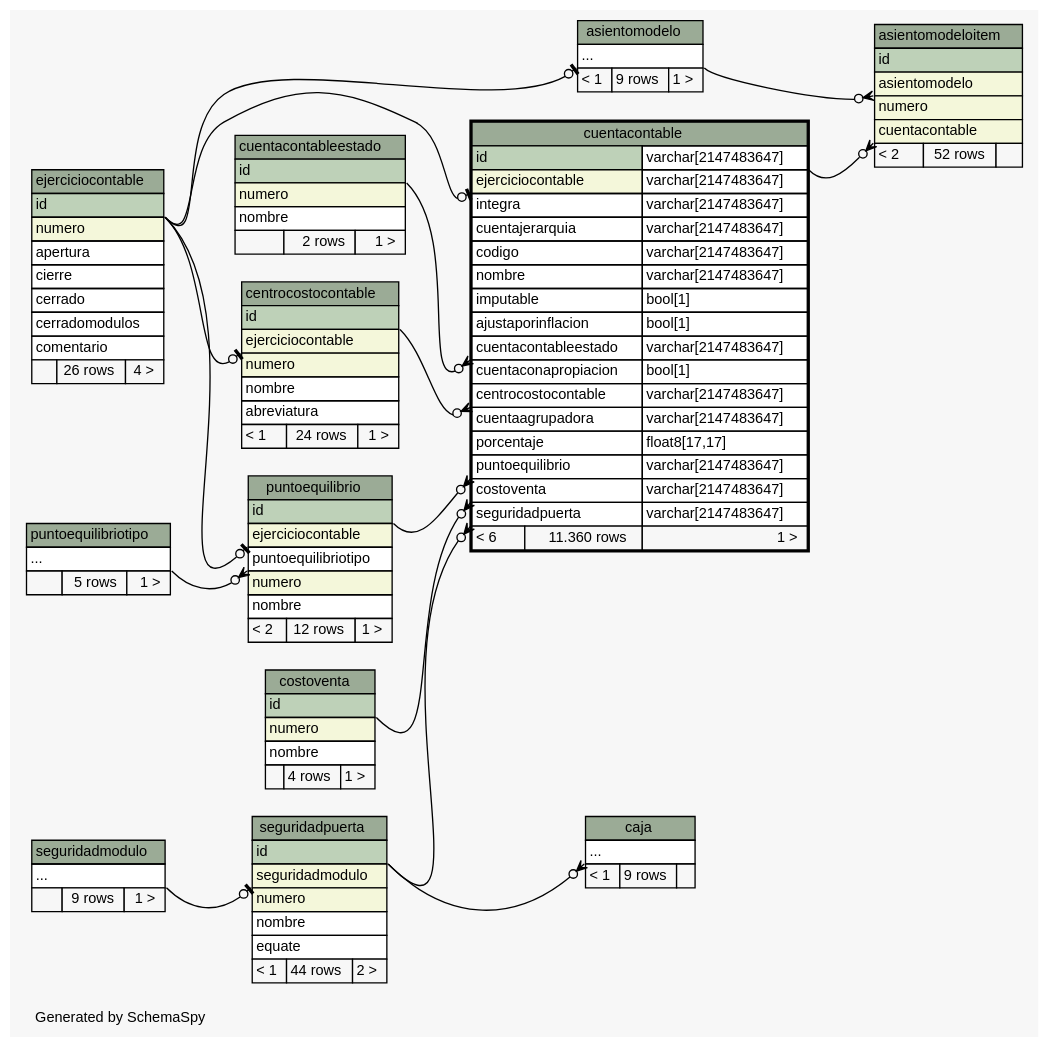
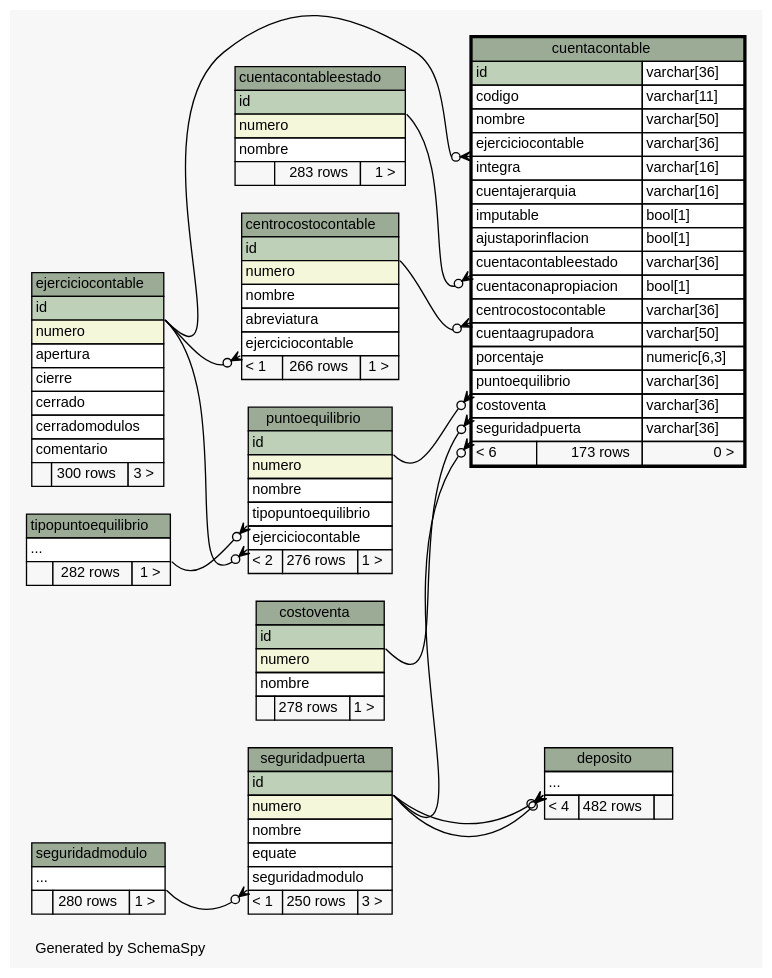
Before and after one commit to diegopablomansilla/massoftware_front: the diagram in postgresql/schemaSpy/salida/diagrams/cuentacontable.2degrees.dot, drawn with Graphviz. The commit also changed 350 other files, not shown here.

```diff
--- a/postgresql/schemaSpy/salida/diagrams/cuentacontable.2degrees.dot
+++ b/postgresql/schemaSpy/salida/diagrams/cuentacontable.2degrees.dot
@@ -19,63 +19,28 @@
   edge [
     arrowsize="0.8"
   ];
-  "asientomodelo":"elipses":sw -> "ejerciciocontable":"id":se [arrowhead=none dir=back arrowtail=teeodot];
-  "asientomodeloitem":"asientomodelo":sw -> "asientomodelo":"elipses":se [arrowhead=none dir=back arrowtail=crowodot];
-  "asientomodeloitem":"cuentacontable":sw -> "cuentacontable":"id.type":se [arrowhead=none dir=back arrowtail=crowodot];
-  "caja":"elipses":sw -> "seguridadpuerta":"id":se [arrowhead=none dir=back arrowtail=crowodot];
-  "centrocostocontable":"ejerciciocontable":sw -> "ejerciciocontable":"id":se [arrowhead=none dir=back arrowtail=teeodot];
+  "centrocostocontable":"ejerciciocontable":sw -> "ejerciciocontable":"id":se [arrowhead=none dir=back arrowtail=crowodot];
   "cuentacontable":"centrocostocontable":sw -> "centrocostocontable":"id":se [arrowhead=none dir=back arrowtail=crowodot];
   "cuentacontable":"costoventa":sw -> "costoventa":"id":se [arrowhead=none dir=back arrowtail=crowodot];
   "cuentacontable":"cuentacontableestado":sw -> "cuentacontableestado":"id":se [arrowhead=none dir=back arrowtail=crowodot];
-  "cuentacontable":"ejerciciocontable":sw -> "ejerciciocontable":"id":se [arrowhead=none dir=back arrowtail=teeodot];
+  "cuentacontable":"ejerciciocontable":sw -> "ejerciciocontable":"id":se [arrowhead=none dir=back arrowtail=crowodot];
   "cuentacontable":"puntoequilibrio":sw -> "puntoequilibrio":"id":se [arrowhead=none dir=back arrowtail=crowodot];
   "cuentacontable":"seguridadpuerta":sw -> "seguridadpuerta":"id":se [arrowhead=none dir=back arrowtail=crowodot];
-  "puntoequilibrio":"ejerciciocontable":sw -> "ejerciciocontable":"id":se [arrowhead=none dir=back arrowtail=teeodot];
-  "puntoequilibrio":"puntoequilibriotipo":sw -> "puntoequilibriotipo":"elipses":se [arrowhead=none dir=back arrowtail=crowodot];
-  "seguridadpuerta":"seguridadmodulo":sw -> "seguridadmodulo":"elipses":se [arrowhead=none dir=back arrowtail=teeodot];
-  "asientomodelo" [
-    label=<
-    <TABLE BORDER="0" CELLBORDER="1" CELLSPACING="0" BGCOLOR="#ffffff">
-      <TR><TD COLSPAN="3" BGCOLOR="#9bab96" ALIGN="CENTER">asientomodelo</TD></TR>
-      <TR><TD PORT="elipses" COLSPAN="3" ALIGN="LEFT">...</TD></TR>
-      <TR><TD ALIGN="LEFT" BGCOLOR="#f7f7f7">&lt; 1</TD><TD ALIGN="RIGHT" BGCOLOR="#f7f7f7">9 rows</TD><TD ALIGN="RIGHT" BGCOLOR="#f7f7f7">1 &gt;</TD></TR>
-    </TABLE>>
-    URL="asientomodelo.html"
-    tooltip="asientomodelo"
-  ];
-  "asientomodeloitem" [
-    label=<
-    <TABLE BORDER="0" CELLBORDER="1" CELLSPACING="0" BGCOLOR="#ffffff">
-      <TR><TD COLSPAN="3" BGCOLOR="#9bab96" ALIGN="CENTER">asientomodeloitem</TD></TR>
-      <TR><TD PORT="id" COLSPAN="3" BGCOLOR="#bed1b8" ALIGN="LEFT">id</TD></TR>
-      <TR><TD PORT="asientomodelo" COLSPAN="3" BGCOLOR="#f4f7da" ALIGN="LEFT">asientomodelo</TD></TR>
-      <TR><TD PORT="numero" COLSPAN="3" BGCOLOR="#f4f7da" ALIGN="LEFT">numero</TD></TR>
-      <TR><TD PORT="cuentacontable" COLSPAN="3" BGCOLOR="#f4f7da" ALIGN="LEFT">cuentacontable</TD></TR>
-      <TR><TD ALIGN="LEFT" BGCOLOR="#f7f7f7">&lt; 2</TD><TD ALIGN="RIGHT" BGCOLOR="#f7f7f7">52 rows</TD><TD ALIGN="RIGHT" BGCOLOR="#f7f7f7">  </TD></TR>
-    </TABLE>>
-    URL="asientomodeloitem.html"
-    tooltip="asientomodeloitem"
-  ];
-  "caja" [
-    label=<
-    <TABLE BORDER="0" CELLBORDER="1" CELLSPACING="0" BGCOLOR="#ffffff">
-      <TR><TD COLSPAN="3" BGCOLOR="#9bab96" ALIGN="CENTER">caja</TD></TR>
-      <TR><TD PORT="elipses" COLSPAN="3" ALIGN="LEFT">...</TD></TR>
-      <TR><TD ALIGN="LEFT" BGCOLOR="#f7f7f7">&lt; 1</TD><TD ALIGN="RIGHT" BGCOLOR="#f7f7f7">9 rows</TD><TD ALIGN="RIGHT" BGCOLOR="#f7f7f7">  </TD></TR>
-    </TABLE>>
-    URL="caja.html"
-    tooltip="caja"
-  ];
+  "deposito":"elipses":sw -> "seguridadpuerta":"id":se [arrowhead=none dir=back arrowtail=crowodot];
+  "deposito":"elipses":sw -> "seguridadpuerta":"id":se [arrowhead=none dir=back arrowtail=crowodot];
+  "puntoequilibrio":"ejerciciocontable":sw -> "ejerciciocontable":"id":se [arrowhead=none dir=back arrowtail=crowodot];
+  "puntoequilibrio":"tipopuntoequilibrio":sw -> "tipopuntoequilibrio":"elipses":se [arrowhead=none dir=back arrowtail=crowodot];
+  "seguridadpuerta":"seguridadmodulo":sw -> "seguridadmodulo":"elipses":se [arrowhead=none dir=back arrowtail=crowodot];
   "centrocostocontable" [
     label=<
     <TABLE BORDER="0" CELLBORDER="1" CELLSPACING="0" BGCOLOR="#ffffff">
       <TR><TD COLSPAN="3" BGCOLOR="#9bab96" ALIGN="CENTER">centrocostocontable</TD></TR>
       <TR><TD PORT="id" COLSPAN="3" BGCOLOR="#bed1b8" ALIGN="LEFT">id</TD></TR>
-      <TR><TD PORT="ejerciciocontable" COLSPAN="3" BGCOLOR="#f4f7da" ALIGN="LEFT">ejerciciocontable</TD></TR>
       <TR><TD PORT="numero" COLSPAN="3" BGCOLOR="#f4f7da" ALIGN="LEFT">numero</TD></TR>
       <TR><TD PORT="nombre" COLSPAN="3" ALIGN="LEFT">nombre</TD></TR>
       <TR><TD PORT="abreviatura" COLSPAN="3" ALIGN="LEFT">abreviatura</TD></TR>
-      <TR><TD ALIGN="LEFT" BGCOLOR="#f7f7f7">&lt; 1</TD><TD ALIGN="RIGHT" BGCOLOR="#f7f7f7">24 rows</TD><TD ALIGN="RIGHT" BGCOLOR="#f7f7f7">1 &gt;</TD></TR>
+      <TR><TD PORT="ejerciciocontable" COLSPAN="3" ALIGN="LEFT">ejerciciocontable</TD></TR>
+      <TR><TD ALIGN="LEFT" BGCOLOR="#f7f7f7">&lt; 1</TD><TD ALIGN="RIGHT" BGCOLOR="#f7f7f7">266 rows</TD><TD ALIGN="RIGHT" BGCOLOR="#f7f7f7">1 &gt;</TD></TR>
     </TABLE>>
     URL="centrocostocontable.html"
     tooltip="centrocostocontable"
@@ -87,7 +52,7 @@
       <TR><TD PORT="id" COLSPAN="3" BGCOLOR="#bed1b8" ALIGN="LEFT">id</TD></TR>
       <TR><TD PORT="numero" COLSPAN="3" BGCOLOR="#f4f7da" ALIGN="LEFT">numero</TD></TR>
       <TR><TD PORT="nombre" COLSPAN="3" ALIGN="LEFT">nombre</TD></TR>
-      <TR><TD ALIGN="LEFT" BGCOLOR="#f7f7f7">  </TD><TD ALIGN="RIGHT" BGCOLOR="#f7f7f7">4 rows</TD><TD ALIGN="RIGHT" BGCOLOR="#f7f7f7">1 &gt;</TD></TR>
+      <TR><TD ALIGN="LEFT" BGCOLOR="#f7f7f7">  </TD><TD ALIGN="RIGHT" BGCOLOR="#f7f7f7">278 rows</TD><TD ALIGN="RIGHT" BGCOLOR="#f7f7f7">1 &gt;</TD></TR>
     </TABLE>>
     URL="costoventa.html"
     tooltip="costoventa"
@@ -96,23 +61,23 @@
     label=<
     <TABLE BORDER="2" CELLBORDER="1" CELLSPACING="0" BGCOLOR="#ffffff">
       <TR><TD COLSPAN="3" BGCOLOR="#9bab96" ALIGN="CENTER">cuentacontable</TD></TR>
-      <TR><TD PORT="id" COLSPAN="2" BGCOLOR="#bed1b8" ALIGN="LEFT">id</TD><TD PORT="id.type" ALIGN="LEFT">varchar[2147483647]</TD></TR>
-      <TR><TD PORT="ejerciciocontable" COLSPAN="2" BGCOLOR="#f4f7da" ALIGN="LEFT">ejerciciocontable</TD><TD PORT="ejerciciocontable.type" ALIGN="LEFT">varchar[2147483647]</TD></TR>
-      <TR><TD PORT="integra" COLSPAN="2" ALIGN="LEFT">integra</TD><TD PORT="integra.type" ALIGN="LEFT">varchar[2147483647]</TD></TR>
-      <TR><TD PORT="cuentajerarquia" COLSPAN="2" ALIGN="LEFT">cuentajerarquia</TD><TD PORT="cuentajerarquia.type" ALIGN="LEFT">varchar[2147483647]</TD></TR>
-      <TR><TD PORT="codigo" COLSPAN="2" ALIGN="LEFT">codigo</TD><TD PORT="codigo.type" ALIGN="LEFT">varchar[2147483647]</TD></TR>
-      <TR><TD PORT="nombre" COLSPAN="2" ALIGN="LEFT">nombre</TD><TD PORT="nombre.type" ALIGN="LEFT">varchar[2147483647]</TD></TR>
+      <TR><TD PORT="id" COLSPAN="2" BGCOLOR="#bed1b8" ALIGN="LEFT">id</TD><TD PORT="id.type" ALIGN="LEFT">varchar[36]</TD></TR>
+      <TR><TD PORT="codigo" COLSPAN="2" ALIGN="LEFT">codigo</TD><TD PORT="codigo.type" ALIGN="LEFT">varchar[11]</TD></TR>
+      <TR><TD PORT="nombre" COLSPAN="2" ALIGN="LEFT">nombre</TD><TD PORT="nombre.type" ALIGN="LEFT">varchar[50]</TD></TR>
+      <TR><TD PORT="ejerciciocontable" COLSPAN="2" ALIGN="LEFT">ejerciciocontable</TD><TD PORT="ejerciciocontable.type" ALIGN="LEFT">varchar[36]</TD></TR>
+      <TR><TD PORT="integra" COLSPAN="2" ALIGN="LEFT">integra</TD><TD PORT="integra.type" ALIGN="LEFT">varchar[16]</TD></TR>
+      <TR><TD PORT="cuentajerarquia" COLSPAN="2" ALIGN="LEFT">cuentajerarquia</TD><TD PORT="cuentajerarquia.type" ALIGN="LEFT">varchar[16]</TD></TR>
       <TR><TD PORT="imputable" COLSPAN="2" ALIGN="LEFT">imputable</TD><TD PORT="imputable.type" ALIGN="LEFT">bool[1]</TD></TR>
       <TR><TD PORT="ajustaporinflacion" COLSPAN="2" ALIGN="LEFT">ajustaporinflacion</TD><TD PORT="ajustaporinflacion.type" ALIGN="LEFT">bool[1]</TD></TR>
-      <TR><TD PORT="cuentacontableestado" COLSPAN="2" ALIGN="LEFT">cuentacontableestado</TD><TD PORT="cuentacontableestado.type" ALIGN="LEFT">varchar[2147483647]</TD></TR>
+      <TR><TD PORT="cuentacontableestado" COLSPAN="2" ALIGN="LEFT">cuentacontableestado</TD><TD PORT="cuentacontableestado.type" ALIGN="LEFT">varchar[36]</TD></TR>
       <TR><TD PORT="cuentaconapropiacion" COLSPAN="2" ALIGN="LEFT">cuentaconapropiacion</TD><TD PORT="cuentaconapropiacion.type" ALIGN="LEFT">bool[1]</TD></TR>
-      <TR><TD PORT="centrocostocontable" COLSPAN="2" ALIGN="LEFT">centrocostocontable</TD><TD PORT="centrocostocontable.type" ALIGN="LEFT">varchar[2147483647]</TD></TR>
-      <TR><TD PORT="cuentaagrupadora" COLSPAN="2" ALIGN="LEFT">cuentaagrupadora</TD><TD PORT="cuentaagrupadora.type" ALIGN="LEFT">varchar[2147483647]</TD></TR>
-      <TR><TD PORT="porcentaje" COLSPAN="2" ALIGN="LEFT">porcentaje</TD><TD PORT="porcentaje.type" ALIGN="LEFT">float8[17,17]</TD></TR>
-      <TR><TD PORT="puntoequilibrio" COLSPAN="2" ALIGN="LEFT">puntoequilibrio</TD><TD PORT="puntoequilibrio.type" ALIGN="LEFT">varchar[2147483647]</TD></TR>
-      <TR><TD PORT="costoventa" COLSPAN="2" ALIGN="LEFT">costoventa</TD><TD PORT="costoventa.type" ALIGN="LEFT">varchar[2147483647]</TD></TR>
-      <TR><TD PORT="seguridadpuerta" COLSPAN="2" ALIGN="LEFT">seguridadpuerta</TD><TD PORT="seguridadpuerta.type" ALIGN="LEFT">varchar[2147483647]</TD></TR>
-      <TR><TD ALIGN="LEFT" BGCOLOR="#f7f7f7">&lt; 6</TD><TD ALIGN="RIGHT" BGCOLOR="#f7f7f7">11.360 rows</TD><TD ALIGN="RIGHT" BGCOLOR="#f7f7f7">1 &gt;</TD></TR>
+      <TR><TD PORT="centrocostocontable" COLSPAN="2" ALIGN="LEFT">centrocostocontable</TD><TD PORT="centrocostocontable.type" ALIGN="LEFT">varchar[36]</TD></TR>
+      <TR><TD PORT="cuentaagrupadora" COLSPAN="2" ALIGN="LEFT">cuentaagrupadora</TD><TD PORT="cuentaagrupadora.type" ALIGN="LEFT">varchar[50]</TD></TR>
+      <TR><TD PORT="porcentaje" COLSPAN="2" ALIGN="LEFT">porcentaje</TD><TD PORT="porcentaje.type" ALIGN="LEFT">numeric[6,3]</TD></TR>
+      <TR><TD PORT="puntoequilibrio" COLSPAN="2" ALIGN="LEFT">puntoequilibrio</TD><TD PORT="puntoequilibrio.type" ALIGN="LEFT">varchar[36]</TD></TR>
+      <TR><TD PORT="costoventa" COLSPAN="2" ALIGN="LEFT">costoventa</TD><TD PORT="costoventa.type" ALIGN="LEFT">varchar[36]</TD></TR>
+      <TR><TD PORT="seguridadpuerta" COLSPAN="2" ALIGN="LEFT">seguridadpuerta</TD><TD PORT="seguridadpuerta.type" ALIGN="LEFT">varchar[36]</TD></TR>
+      <TR><TD ALIGN="LEFT" BGCOLOR="#f7f7f7">&lt; 6</TD><TD ALIGN="RIGHT" BGCOLOR="#f7f7f7">173 rows</TD><TD ALIGN="RIGHT" BGCOLOR="#f7f7f7">0 &gt;</TD></TR>
     </TABLE>>
     URL="cuentacontable.html"
     tooltip="cuentacontable"
@@ -124,10 +89,20 @@
       <TR><TD PORT="id" COLSPAN="3" BGCOLOR="#bed1b8" ALIGN="LEFT">id</TD></TR>
       <TR><TD PORT="numero" COLSPAN="3" BGCOLOR="#f4f7da" ALIGN="LEFT">numero</TD></TR>
       <TR><TD PORT="nombre" COLSPAN="3" ALIGN="LEFT">nombre</TD></TR>
-      <TR><TD ALIGN="LEFT" BGCOLOR="#f7f7f7">  </TD><TD ALIGN="RIGHT" BGCOLOR="#f7f7f7">2 rows</TD><TD ALIGN="RIGHT" BGCOLOR="#f7f7f7">1 &gt;</TD></TR>
+      <TR><TD ALIGN="LEFT" BGCOLOR="#f7f7f7">  </TD><TD ALIGN="RIGHT" BGCOLOR="#f7f7f7">283 rows</TD><TD ALIGN="RIGHT" BGCOLOR="#f7f7f7">1 &gt;</TD></TR>
     </TABLE>>
     URL="cuentacontableestado.html"
     tooltip="cuentacontableestado"
+  ];
+  "deposito" [
+    label=<
+    <TABLE BORDER="0" CELLBORDER="1" CELLSPACING="0" BGCOLOR="#ffffff">
+      <TR><TD COLSPAN="3" BGCOLOR="#9bab96" ALIGN="CENTER">deposito</TD></TR>
+      <TR><TD PORT="elipses" COLSPAN="3" ALIGN="LEFT">...</TD></TR>
+      <TR><TD ALIGN="LEFT" BGCOLOR="#f7f7f7">&lt; 4</TD><TD ALIGN="RIGHT" BGCOLOR="#f7f7f7">482 rows</TD><TD ALIGN="RIGHT" BGCOLOR="#f7f7f7">  </TD></TR>
+    </TABLE>>
+    URL="deposito.html"
+    tooltip="deposito"
   ];
   "ejerciciocontable" [
     label=<
@@ -140,7 +115,7 @@
       <TR><TD PORT="cerrado" COLSPAN="3" ALIGN="LEFT">cerrado</TD></TR>
       <TR><TD PORT="cerradomodulos" COLSPAN="3" ALIGN="LEFT">cerradomodulos</TD></TR>
       <TR><TD PORT="comentario" COLSPAN="3" ALIGN="LEFT">comentario</TD></TR>
-      <TR><TD ALIGN="LEFT" BGCOLOR="#f7f7f7">  </TD><TD ALIGN="RIGHT" BGCOLOR="#f7f7f7">26 rows</TD><TD ALIGN="RIGHT" BGCOLOR="#f7f7f7">4 &gt;</TD></TR>
+      <TR><TD ALIGN="LEFT" BGCOLOR="#f7f7f7">  </TD><TD ALIGN="RIGHT" BGCOLOR="#f7f7f7">300 rows</TD><TD ALIGN="RIGHT" BGCOLOR="#f7f7f7">3 &gt;</TD></TR>
     </TABLE>>
     URL="ejerciciocontable.html"
     tooltip="ejerciciocontable"
@@ -150,31 +125,21 @@
     <TABLE BORDER="0" CELLBORDER="1" CELLSPACING="0" BGCOLOR="#ffffff">
       <TR><TD COLSPAN="3" BGCOLOR="#9bab96" ALIGN="CENTER">puntoequilibrio</TD></TR>
       <TR><TD PORT="id" COLSPAN="3" BGCOLOR="#bed1b8" ALIGN="LEFT">id</TD></TR>
-      <TR><TD PORT="ejerciciocontable" COLSPAN="3" BGCOLOR="#f4f7da" ALIGN="LEFT">ejerciciocontable</TD></TR>
-      <TR><TD PORT="puntoequilibriotipo" COLSPAN="3" ALIGN="LEFT">puntoequilibriotipo</TD></TR>
       <TR><TD PORT="numero" COLSPAN="3" BGCOLOR="#f4f7da" ALIGN="LEFT">numero</TD></TR>
       <TR><TD PORT="nombre" COLSPAN="3" ALIGN="LEFT">nombre</TD></TR>
-      <TR><TD ALIGN="LEFT" BGCOLOR="#f7f7f7">&lt; 2</TD><TD ALIGN="RIGHT" BGCOLOR="#f7f7f7">12 rows</TD><TD ALIGN="RIGHT" BGCOLOR="#f7f7f7">1 &gt;</TD></TR>
+      <TR><TD PORT="tipopuntoequilibrio" COLSPAN="3" ALIGN="LEFT">tipopuntoequilibrio</TD></TR>
+      <TR><TD PORT="ejerciciocontable" COLSPAN="3" ALIGN="LEFT">ejerciciocontable</TD></TR>
+      <TR><TD ALIGN="LEFT" BGCOLOR="#f7f7f7">&lt; 2</TD><TD ALIGN="RIGHT" BGCOLOR="#f7f7f7">276 rows</TD><TD ALIGN="RIGHT" BGCOLOR="#f7f7f7">1 &gt;</TD></TR>
     </TABLE>>
     URL="puntoequilibrio.html"
     tooltip="puntoequilibrio"
-  ];
-  "puntoequilibriotipo" [
-    label=<
-    <TABLE BORDER="0" CELLBORDER="1" CELLSPACING="0" BGCOLOR="#ffffff">
-      <TR><TD COLSPAN="3" BGCOLOR="#9bab96" ALIGN="CENTER">puntoequilibriotipo</TD></TR>
-      <TR><TD PORT="elipses" COLSPAN="3" ALIGN="LEFT">...</TD></TR>
-      <TR><TD ALIGN="LEFT" BGCOLOR="#f7f7f7">  </TD><TD ALIGN="RIGHT" BGCOLOR="#f7f7f7">5 rows</TD><TD ALIGN="RIGHT" BGCOLOR="#f7f7f7">1 &gt;</TD></TR>
-    </TABLE>>
-    URL="puntoequilibriotipo.html"
-    tooltip="puntoequilibriotipo"
   ];
   "seguridadmodulo" [
     label=<
     <TABLE BORDER="0" CELLBORDER="1" CELLSPACING="0" BGCOLOR="#ffffff">
       <TR><TD COLSPAN="3" BGCOLOR="#9bab96" ALIGN="CENTER">seguridadmodulo</TD></TR>
       <TR><TD PORT="elipses" COLSPAN="3" ALIGN="LEFT">...</TD></TR>
-      <TR><TD ALIGN="LEFT" BGCOLOR="#f7f7f7">  </TD><TD ALIGN="RIGHT" BGCOLOR="#f7f7f7">9 rows</TD><TD ALIGN="RIGHT" BGCOLOR="#f7f7f7">1 &gt;</TD></TR>
+      <TR><TD ALIGN="LEFT" BGCOLOR="#f7f7f7">  </TD><TD ALIGN="RIGHT" BGCOLOR="#f7f7f7">280 rows</TD><TD ALIGN="RIGHT" BGCOLOR="#f7f7f7">1 &gt;</TD></TR>
     </TABLE>>
     URL="seguridadmodulo.html"
     tooltip="seguridadmodulo"
@@ -184,13 +149,23 @@
     <TABLE BORDER="0" CELLBORDER="1" CELLSPACING="0" BGCOLOR="#ffffff">
       <TR><TD COLSPAN="3" BGCOLOR="#9bab96" ALIGN="CENTER">seguridadpuerta</TD></TR>
       <TR><TD PORT="id" COLSPAN="3" BGCOLOR="#bed1b8" ALIGN="LEFT">id</TD></TR>
-      <TR><TD PORT="seguridadmodulo" COLSPAN="3" BGCOLOR="#f4f7da" ALIGN="LEFT">seguridadmodulo</TD></TR>
       <TR><TD PORT="numero" COLSPAN="3" BGCOLOR="#f4f7da" ALIGN="LEFT">numero</TD></TR>
       <TR><TD PORT="nombre" COLSPAN="3" ALIGN="LEFT">nombre</TD></TR>
       <TR><TD PORT="equate" COLSPAN="3" ALIGN="LEFT">equate</TD></TR>
-      <TR><TD ALIGN="LEFT" BGCOLOR="#f7f7f7">&lt; 1</TD><TD ALIGN="RIGHT" BGCOLOR="#f7f7f7">44 rows</TD><TD ALIGN="RIGHT" BGCOLOR="#f7f7f7">2 &gt;</TD></TR>
+      <TR><TD PORT="seguridadmodulo" COLSPAN="3" ALIGN="LEFT">seguridadmodulo</TD></TR>
+      <TR><TD ALIGN="LEFT" BGCOLOR="#f7f7f7">&lt; 1</TD><TD ALIGN="RIGHT" BGCOLOR="#f7f7f7">250 rows</TD><TD ALIGN="RIGHT" BGCOLOR="#f7f7f7">3 &gt;</TD></TR>
     </TABLE>>
     URL="seguridadpuerta.html"
     tooltip="seguridadpuerta"
   ];
+  "tipopuntoequilibrio" [
+    label=<
+    <TABLE BORDER="0" CELLBORDER="1" CELLSPACING="0" BGCOLOR="#ffffff">
+      <TR><TD COLSPAN="3" BGCOLOR="#9bab96" ALIGN="CENTER">tipopuntoequilibrio</TD></TR>
+      <TR><TD PORT="elipses" COLSPAN="3" ALIGN="LEFT">...</TD></TR>
+      <TR><TD ALIGN="LEFT" BGCOLOR="#f7f7f7">  </TD><TD ALIGN="RIGHT" BGCOLOR="#f7f7f7">282 rows</TD><TD ALIGN="RIGHT" BGCOLOR="#f7f7f7">1 &gt;</TD></TR>
+    </TABLE>>
+    URL="tipopuntoequilibrio.html"
+    tooltip="tipopuntoequilibrio"
+  ];
 }
```
